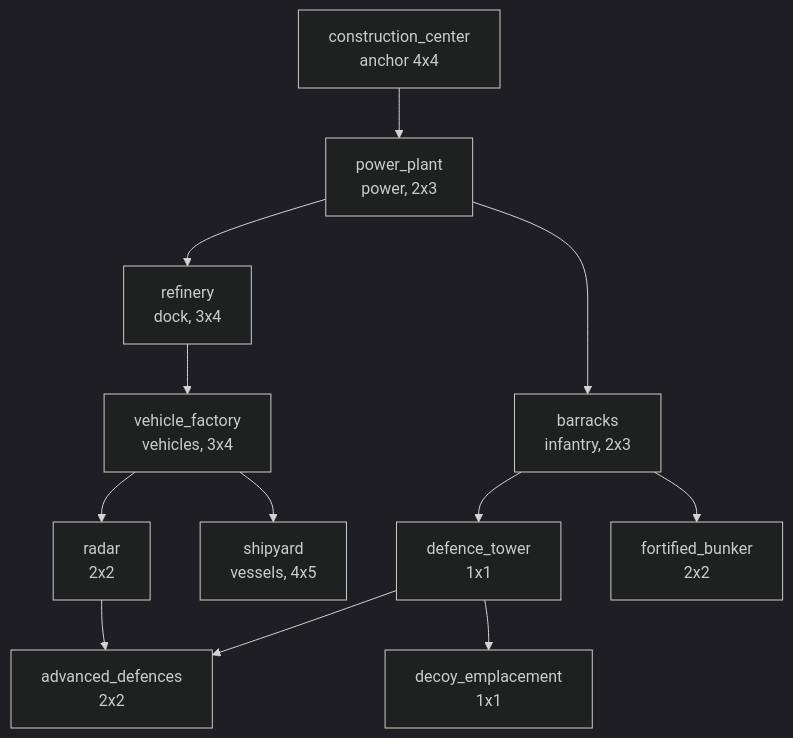
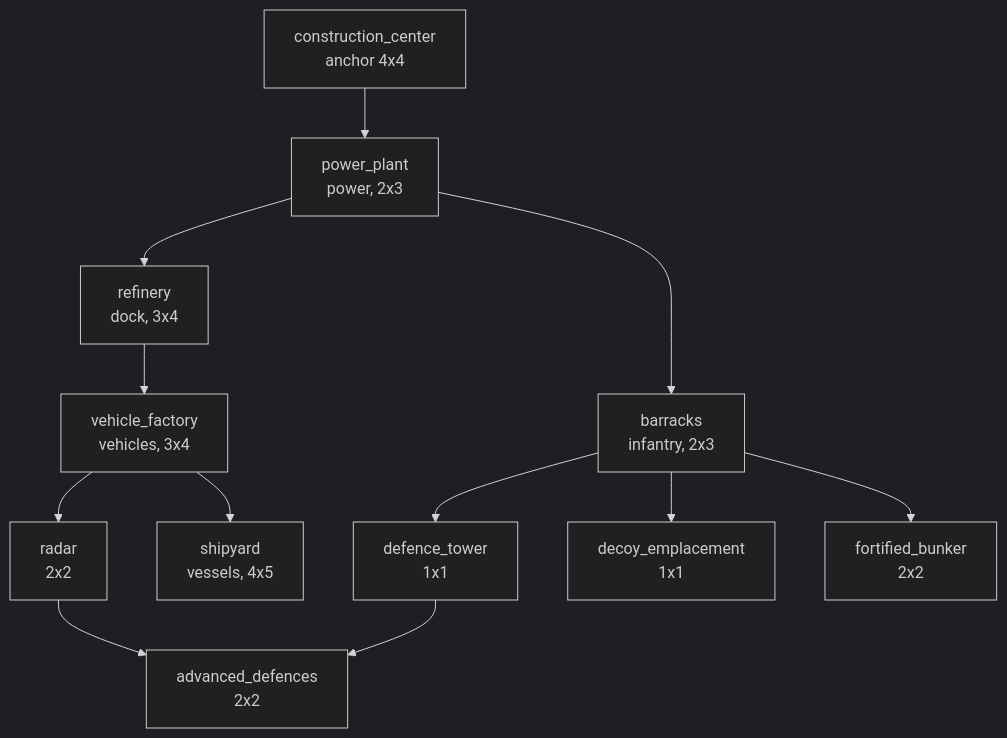
Before and after one commit to ultrasonicoverdrive/staalfront: the diagram in docs/rules/buildings.md, drawn with Mermaid (dark theme). The commit also changed other lines of this file and 8 other files, not shown here.

````diff
--- a/docs/rules/buildings.md
+++ b/docs/rules/buildings.md
@@ -118,25 +120,25 @@
 ```mermaid
 flowchart TD
     CC[construction_center<br/>anchor 4x4]
     PP[power_plant<br/>power, 2x3]
     RF[refinery<br/>dock, 3x4]
     BA[barracks<br/>infantry, 2x3]
     VF[vehicle_factory<br/>vehicles, 3x4]
     RA[radar<br/>2x2]
     DT[defence_tower<br/>1x1]
     AD[advanced_defences<br/>2x2]
     SY[shipyard<br/>vessels, 4x5]
     DE[decoy_emplacement<br/>1x1]
     FB[fortified_bunker<br/>2x2]
     CC --> PP
     PP --> RF
     PP --> BA
     RF --> VF
     VF --> RA
     VF --> SY
     BA --> DT
     DT --> AD
     RA --> AD
-    DT --> DE
+    BA --> DE
     BA --> FB
 ```
````
